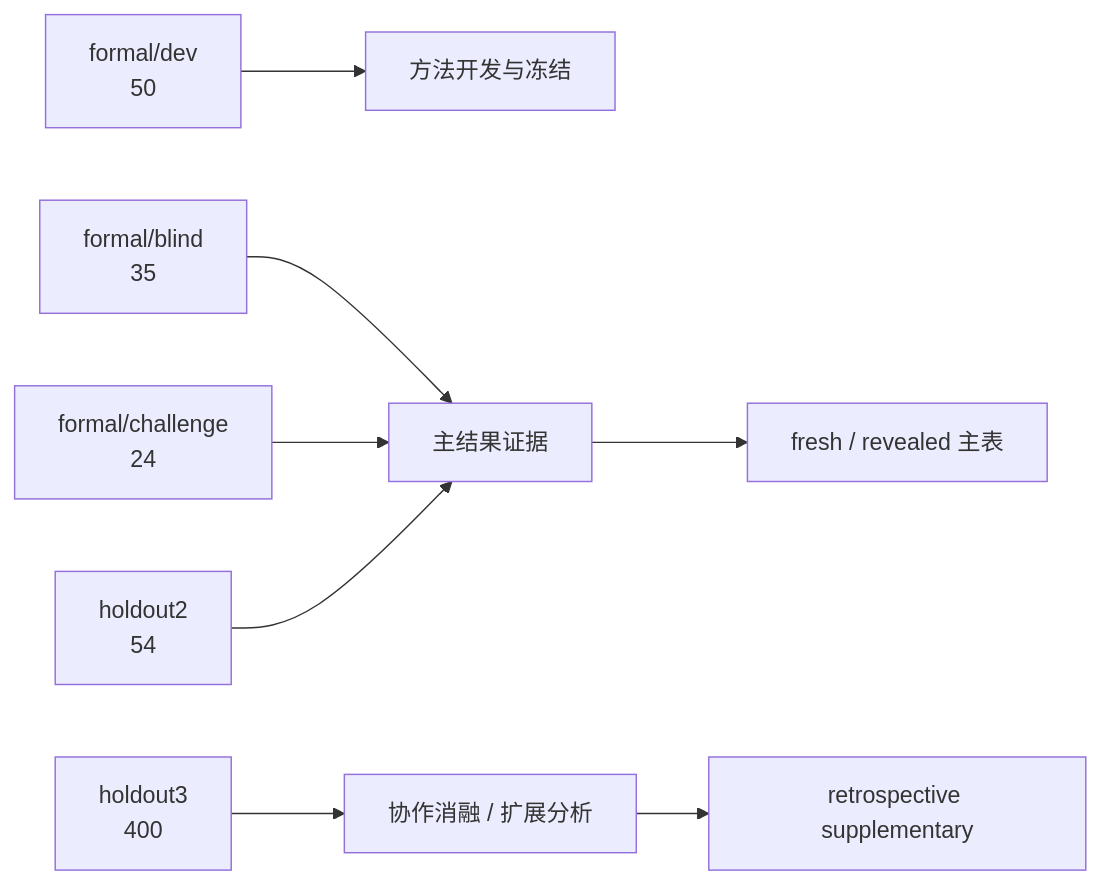
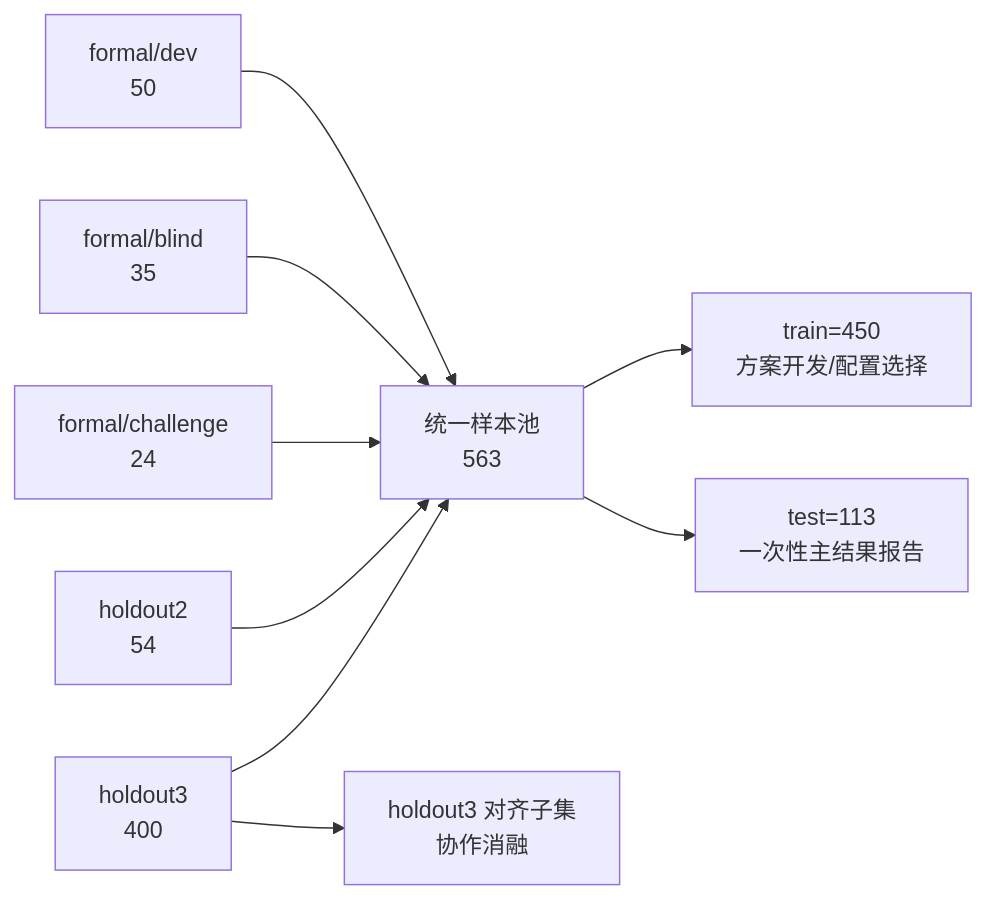
Before and after one commit to ucdsy/IndProject2025: the third of 3 diagrams in output/doc/技术研究报告_20260406.md, drawn with Mermaid. The commit also changed other lines of this file and 569 other files, not shown here.

````diff
--- a/output/doc/技术研究报告_20260406.md
+++ b/output/doc/技术研究报告_20260406.md
@@ -125,10 +125,11 @@
 ```mermaid
 flowchart LR
-    D1["formal/dev<br/>50"] --> M["方法开发与冻结"]
-    D2["formal/blind<br/>35"] --> P["主结果证据"]
+    D1["formal/dev<br/>50"] --> P["统一样本池<br/>563"]
+    D2["formal/blind<br/>35"] --> P
     D3["formal/challenge<br/>24"] --> P
     D4["holdout2<br/>54"] --> P
-    D5["holdout3<br/>400"] --> X["协作消融 / 扩展分析"]
-    P --> R1["fresh / revealed 主表"]
-    X --> R2["retrospective supplementary"]
+    D5["holdout3<br/>400"] --> P
+    P --> TR["train=450<br/>方案开发/配置选择"]
+    P --> TE["test=113<br/>一次性主结果报告"]
+    D5 --> AB["holdout3 对齐子集<br/>协作消融"]
 ```
````
